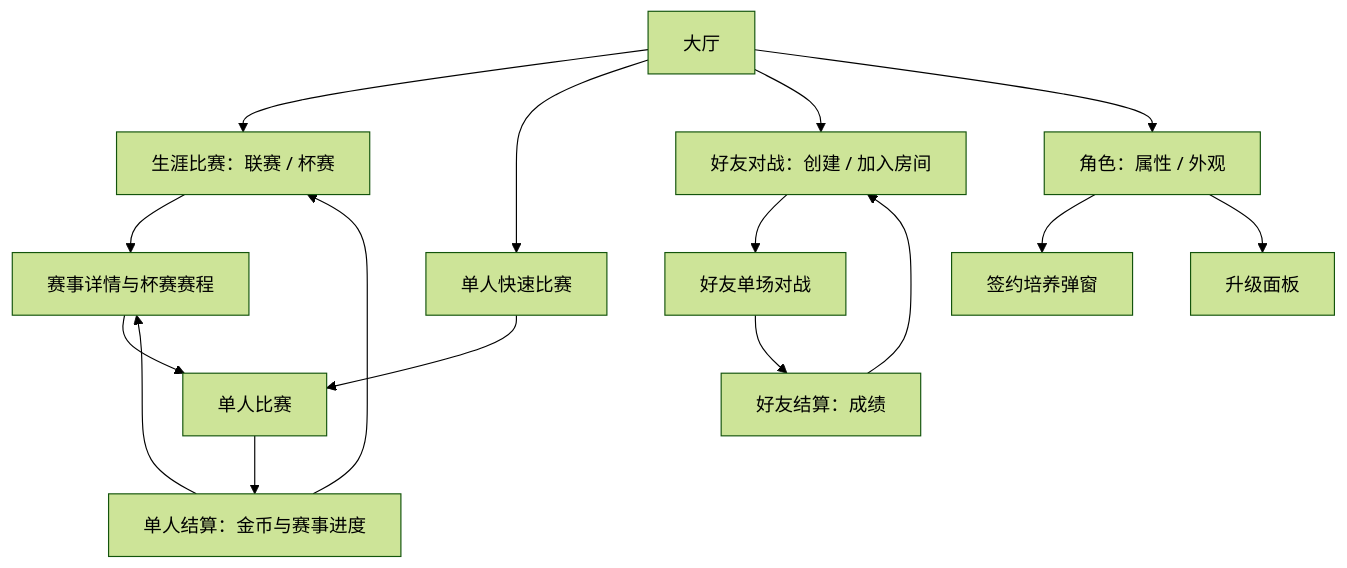
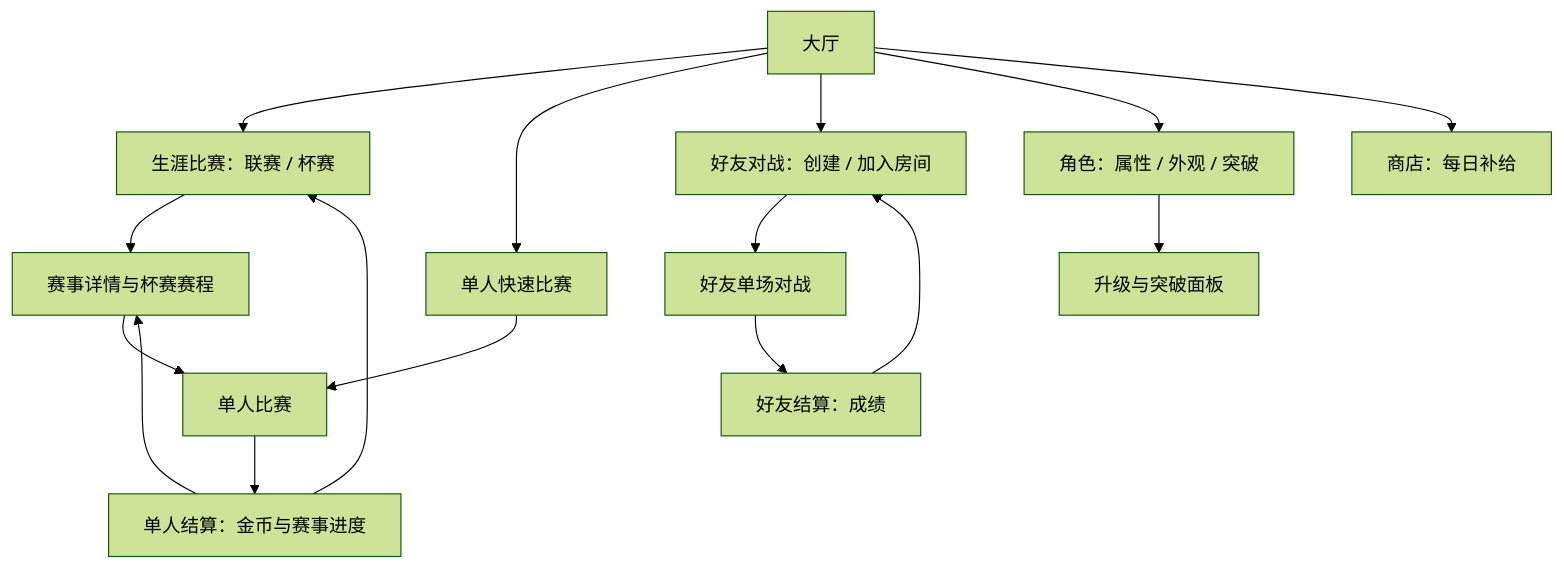
Before and after one commit to memoryChain/swimming: the diagram in docs/大厅与赛事二级界面设计.zh.md, drawn with Mermaid (forest theme). The commit also changed other lines of this file and 44 other files, not shown here.

````diff
--- a/docs/大厅与赛事二级界面设计.zh.md
+++ b/docs/大厅与赛事二级界面设计.zh.md
@@ -21,18 +21,18 @@
 ```mermaid
 flowchart TD
     A[大厅] --> B[生涯比赛：联赛 / 杯赛]
     A --> C[单人快速比赛]
     A --> D[好友对战：创建 / 加入房间]
-    A --> E[角色：属性 / 外观]
+    A --> E[角色：属性 / 外观 / 突破]
+    A --> M[商店：每日补给]
     B --> F[赛事详情与杯赛赛程]
     F --> G[单人比赛]
     C --> G
-    E --> H[签约培养弹窗]
-    E --> I[升级面板]
+    E --> I[升级与突破面板]
     D --> J[好友单场对战]
     G --> K[单人结算：金币与赛事进度]
     K --> F
     K --> B
     J --> L[好友结算：成绩]
     L --> D
 ```
````
